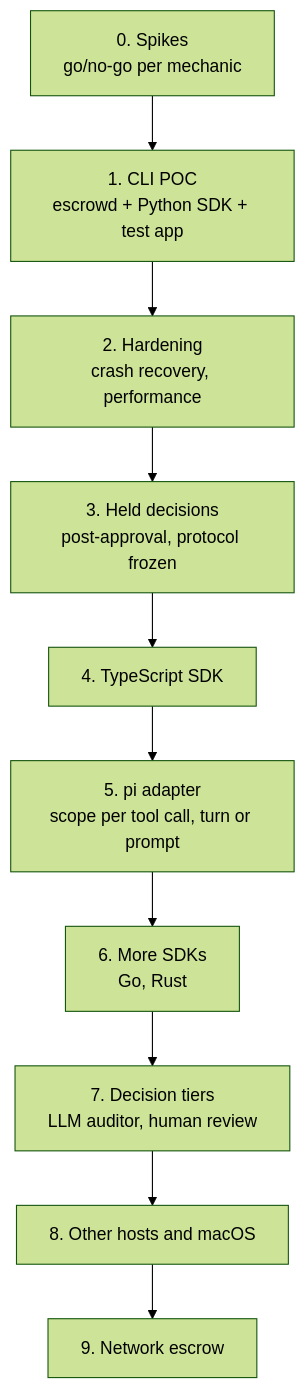
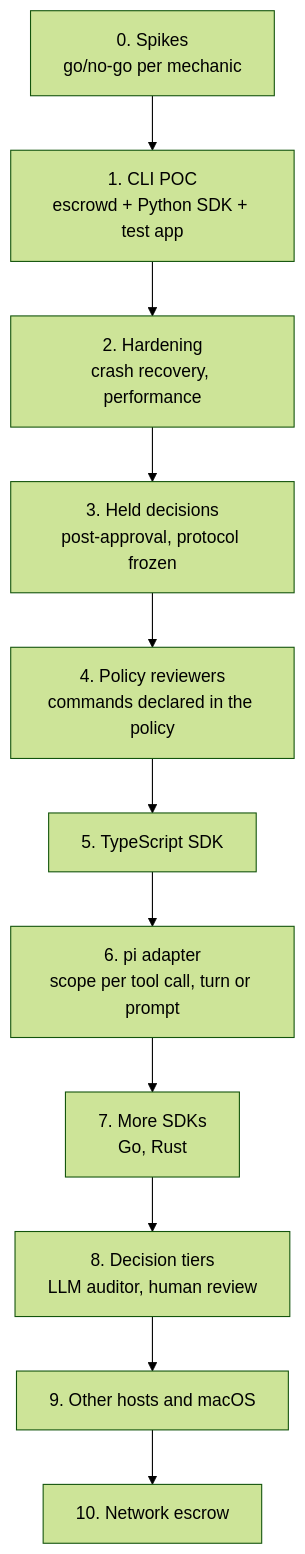
Before and after one commit to rcrsr/escrowd: the first of 3 diagrams in docs/escrowd-proposal.md, drawn with Mermaid (forest theme). The commit also changed other lines of this file and 22 other files, not shown here.

````diff
--- a/docs/escrowd-proposal.md
+++ b/docs/escrowd-proposal.md
@@ -54,14 +54,15 @@
 ```mermaid
 flowchart TB
     P0["0. Spikes<br/>go/no-go per mechanic"]
     P1["1. CLI POC<br/>escrowd + Python SDK + test app"]
     P2["2. Hardening<br/>crash recovery, performance"]
     P3["3. Held decisions<br/>post-approval, protocol frozen"]
-    P4["4. TypeScript SDK"]
-    P5["5. pi adapter<br/>scope per tool call, turn or prompt"]
-    P6["6. More SDKs<br/>Go, Rust"]
-    P7["7. Decision tiers<br/>LLM auditor, human review"]
-    P8["8. Other hosts and macOS"]
-    P9["9. Network escrow"]
-    P0 --> P1 --> P2 --> P3 --> P4 --> P5 --> P6 --> P7 --> P8 --> P9
+    P4["4. Policy reviewers<br/>commands declared in the policy"]
+    P5["5. TypeScript SDK"]
+    P6["6. pi adapter<br/>scope per tool call, turn or prompt"]
+    P7["7. More SDKs<br/>Go, Rust"]
+    P8["8. Decision tiers<br/>LLM auditor, human review"]
+    P9["9. Other hosts and macOS"]
+    P10["10. Network escrow"]
+    P0 --> P1 --> P2 --> P3 --> P4 --> P5 --> P6 --> P7 --> P8 --> P9 --> P10
 ```
````
